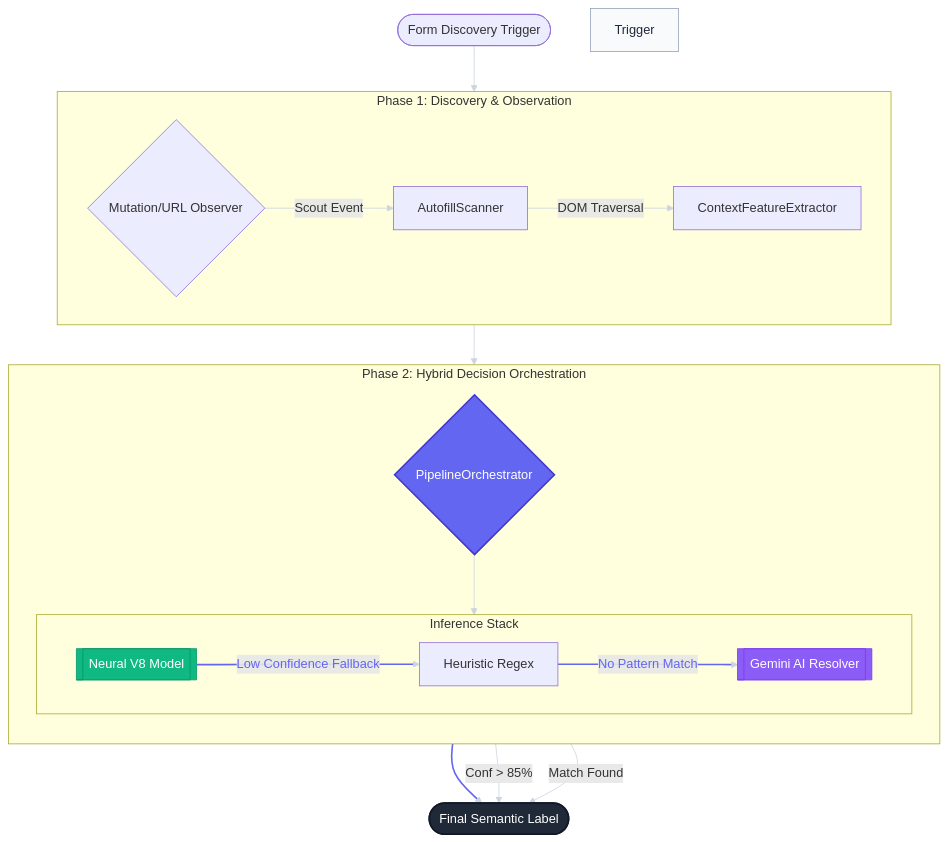
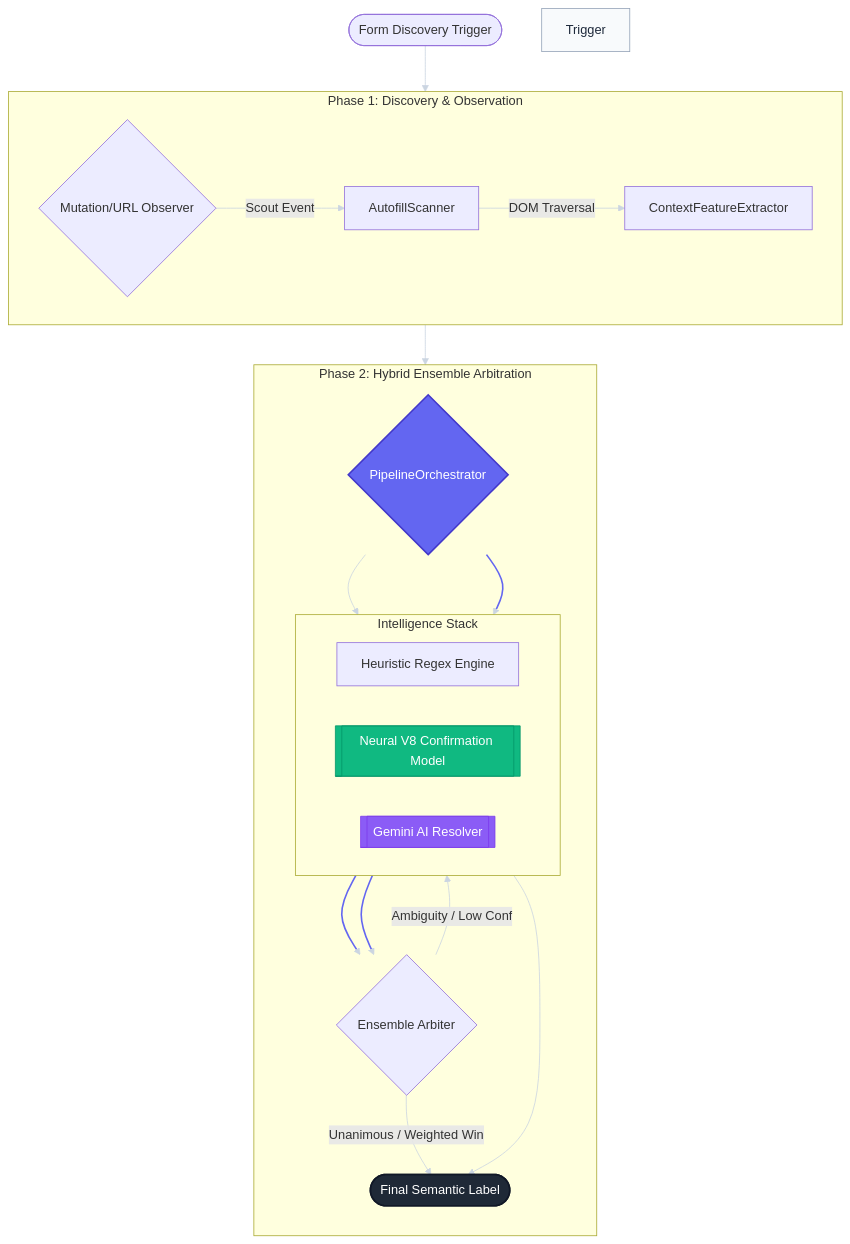
Before and after one commit to SmartHireX/smart-ai-job-apply: the first of 3 diagrams in ARCHITECTURE.md, drawn with Mermaid. The commit also changed other lines of this file, not shown here.

Commit message:
docs: emphasize Neural V8 as a confirmation layer in ensemble

````diff
--- a/ARCHITECTURE.md
+++ b/ARCHITECTURE.md
@@ -11,42 +11,44 @@
 ```mermaid
 flowchart TD
     %% Node Definitions
     Discovery([Form Discovery Trigger]) --> Signal
     
     subgraph Detection [Phase 1: Discovery & Observation]
         direction LR
         Signal{Mutation/URL Observer} -->|Scout Event| Scan[AutofillScanner]
         Scan -->|DOM Traversal| FeatureEx[ContextFeatureExtractor]
     end
 
-    subgraph Inference [Phase 2: Hybrid Decision Orchestration]
+    subgraph Inference [Phase 2: Hybrid Ensemble Arbitration]
         direction TB
         Orch{PipelineOrchestrator}
         
-        subgraph Stack [Inference Stack]
+        subgraph Stack [Intelligence Stack]
             direction LR
-            Neural[[Neural V8 Model]]
-            Heuristic[Heuristic Regex]
+            Heuristic[Heuristic Regex Engine]
+            Neural[[Neural V8 Confirmation Model]]
             Gemini[[Gemini AI Resolver]]
         end
 
         FeatureEx --> Orch
-        Orch --> Neural
-        Neural -- "Low Confidence Fallback" --> Heuristic
-        Heuristic -- "No Pattern Match" --> Gemini
+        Orch --> Heuristic & Neural
+        
+        Heuristic --> Arb{Ensemble Arbiter}
+        Neural --> Arb
+        
+        Arb -- "Unanimous / Weighted Win" --> Label([Final Semantic Label])
+        Arb -- "Ambiguity / Low Conf" --> Gemini
     end
 
-    Gemini --> Label([Final Semantic Label])
-    Neural -- "Conf > 85%" --> Label
-    Heuristic -- "Match Found" --> Label
+    Gemini --> Label
 
     %% Styling
     style Trigger fill:#f8fafc,stroke:#94a3b8,color:#1e293b
     style Orch fill:#6366f1,stroke:#4338ca,color:#fff,stroke-width:2px
     style Neural fill:#10b981,stroke:#059669,color:#fff
     style Gemini fill:#8b5cf6,stroke:#7c3aed,color:#fff
     style Label fill:#1f2937,stroke:#111827,color:#fff,stroke-width:2px
     
     linkStyle default stroke:#cbd5e1,stroke-width:1px
     linkStyle 5,6,7 stroke:#6366f1,stroke-width:2px,color:#6366f1
 ```
````
